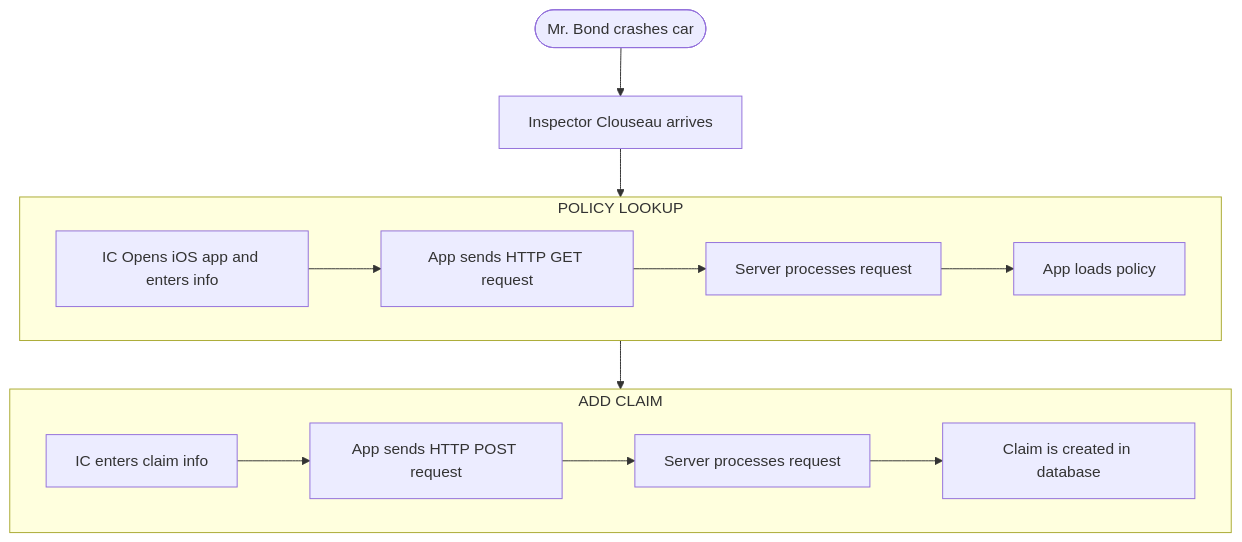
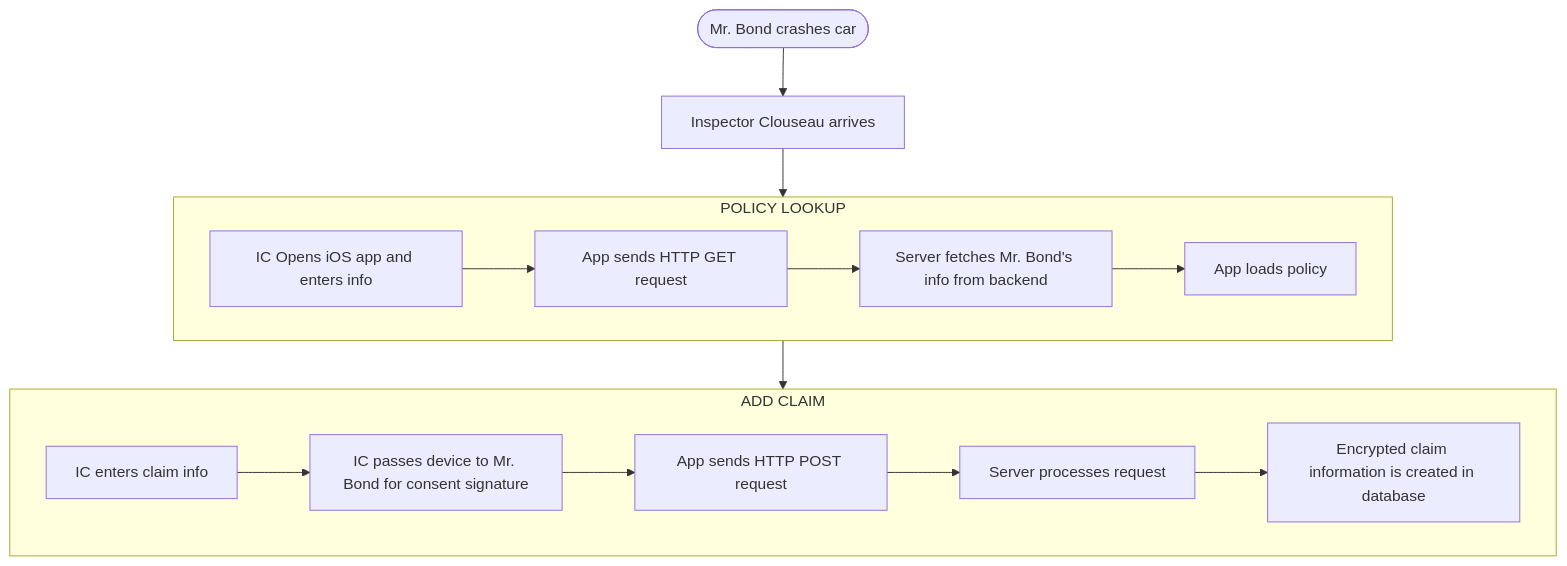
Before and after one commit to Zachary-Salmon-Turnberry/Team_1_Coding_Project: the diagram in docs/2022-06-17-app-flow-example.md, drawn with Mermaid. The commit also changed 3 other files, not shown here.

```diff
--- a/docs/2022-06-17-app-flow-example.md
+++ b/docs/2022-06-17-app-flow-example.md
@@ -18,22 +18,23 @@
 <div class="mermaid">
 flowchart TB
     A([Mr. Bond crashes car]) --> B[Inspector Clouseau arrives]
     
     subgraph M[POLICY LOOKUP]
         direction LR
         C[IC Opens iOS app and enters info]-->D[App sends HTTP GET request]
-        D-->F[Server processes request]
+        D-->F[Server fetches Mr. Bond's info from backend]
         F-->G[App loads policy]
     end
 
     subgraph N[ADD CLAIM]
         direction LR
-        H[IC enters claim info] -->J[App sends HTTP POST request] 
+        H[IC enters claim info] --> I[IC passes device to Mr. Bond for consent signature]
+        -->J[App sends HTTP POST request] 
         J --> K[Server processes request]
-        K-->L[Claim is created in database]
+        K-->L[Encrypted claim information is created in database]
     end
 
 
 
     B--> M --> N
 </div>
```
